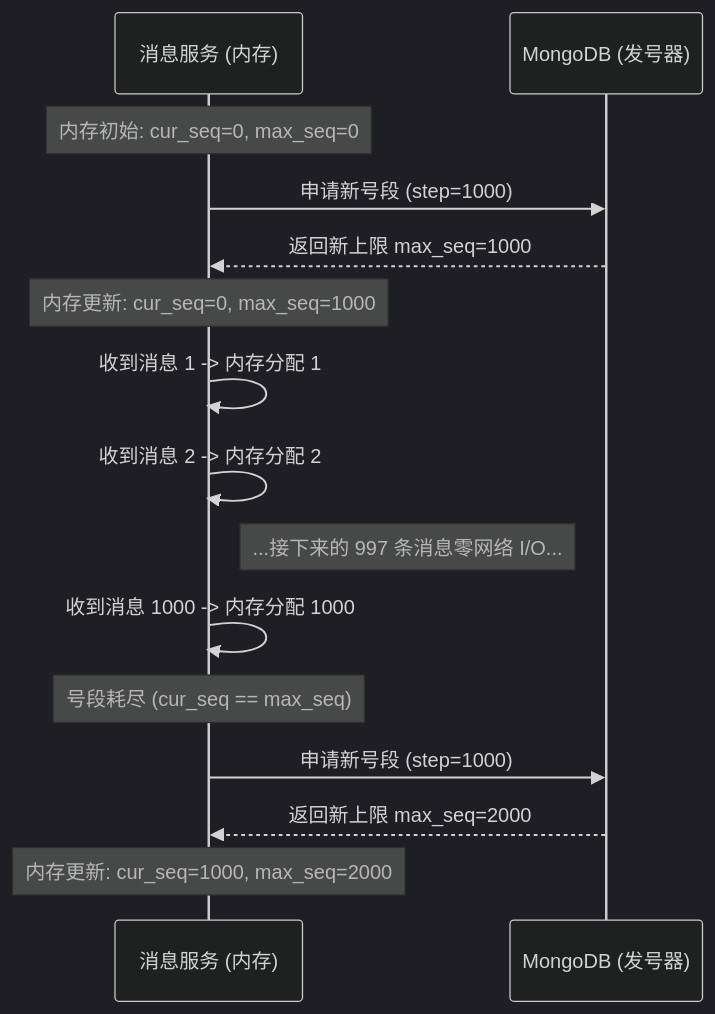
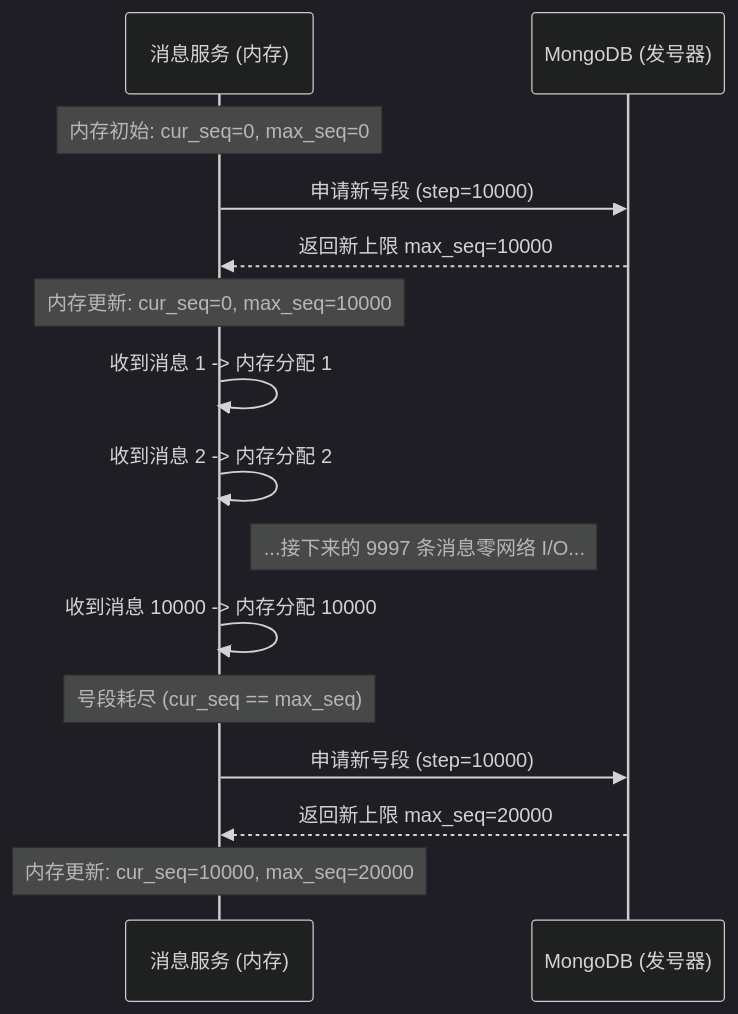
One commit to JamesWilson19970101/ocean.chat.docs changed the diagram in i18n/zh-CN/docusaurus-plugin-content-docs/current/devdocs/distributed-id-generator.md. Above: the diagram before and after it, drawn with Mermaid (dark theme). The commit also changed other lines of this file, not shown here.

Commit message:
docs: clarify SyncSeqId is monotonic but not contiguous
Remove the incorrect claim that a jump proves specific missing IDs, and align
segment pre-allocation examples with in-memory cursors and a 10k step size.

````diff
--- a/i18n/zh-CN/docusaurus-plugin-content-docs/current/devdocs/distributed-id-generator.md
+++ b/i18n/zh-CN/docusaurus-plugin-content-docs/current/devdocs/distributed-id-generator.md
@@ -55,22 +59,22 @@
 ```mermaid
 sequenceDiagram
     participant MsgService as 消息服务 (内存)
     participant DB as MongoDB (发号器)
 
     note over MsgService: 内存初始: cur_seq=0, max_seq=0
 
-    MsgService->>DB: 申请新号段 (step=1000)
-    DB-->>MsgService: 返回新上限 max_seq=1000
-    note over MsgService: 内存更新: cur_seq=0, max_seq=1000
+    MsgService->>DB: 申请新号段 (step=10000)
+    DB-->>MsgService: 返回新上限 max_seq=10000
+    note over MsgService: 内存更新: cur_seq=0, max_seq=10000
 
     MsgService->>MsgService: 收到消息 1 -> 内存分配 1
     MsgService->>MsgService: 收到消息 2 -> 内存分配 2
-    note right of MsgService: ...接下来的 997 条消息零网络 I/O...
-    MsgService->>MsgService: 收到消息 1000 -> 内存分配 1000
+    note right of MsgService: ...接下来的 9997 条消息零网络 I/O...
+    MsgService->>MsgService: 收到消息 10000 -> 内存分配 10000
 
     note over MsgService: 号段耗尽 (cur_seq == max_seq)
 
-    MsgService->>DB: 申请新号段 (step=1000)
-    DB-->>MsgService: 返回新上限 max_seq=2000
-    note over MsgService: 内存更新: cur_seq=1000, max_seq=2000
+    MsgService->>DB: 申请新号段 (step=10000)
+    DB-->>MsgService: 返回新上限 max_seq=20000
+    note over MsgService: 内存更新: cur_seq=10000, max_seq=20000
 ```
````
